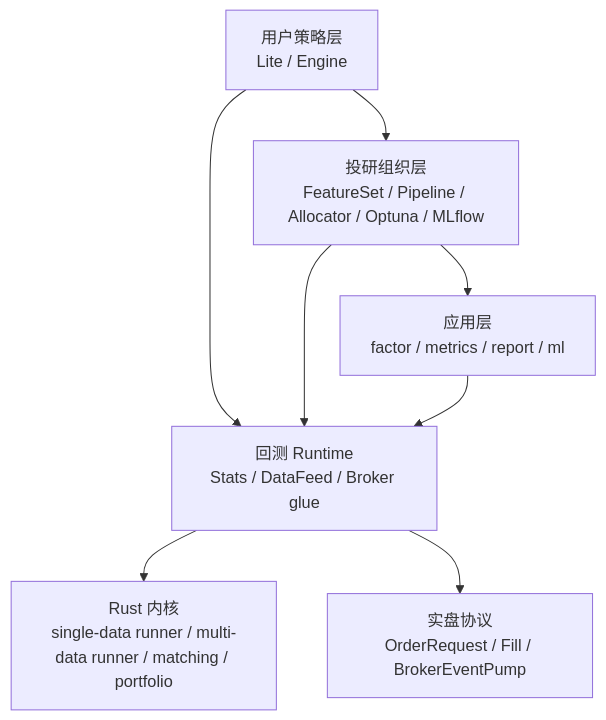
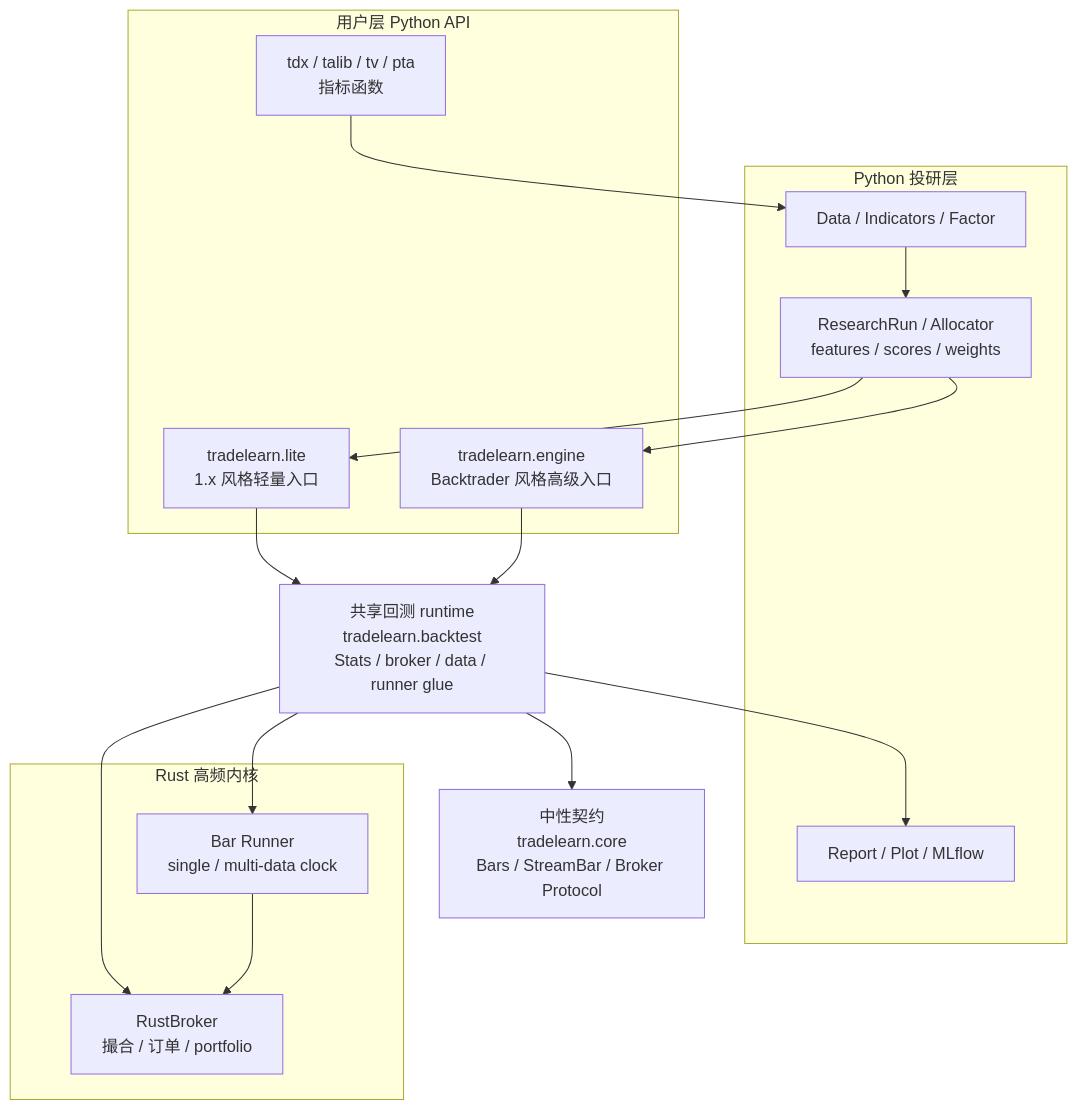
The diagram in docs/README.md (MuuYesen/trade-learn), drawn with Mermaid before and after one commit. The commit also changed other lines of this file and 22 other files, not shown here.

````diff
--- a/docs/README.md
+++ b/docs/README.md
@@ -25,17 +35,34 @@
 ```mermaid
 flowchart TB
-    user[用户策略层<br/>Lite / Engine]
-    research[投研组织层<br/>FeatureSet / Pipeline / Allocator / Optuna / MLflow]
-    app[应用层<br/>factor / metrics / report / ml]
-    runtime[回测 Runtime<br/>Stats / DataFeed / Broker glue]
-    rust[Rust 内核<br/>single-data runner / multi-data runner / matching / portfolio]
-    live[实盘协议<br/>OrderRequest / Fill / BrokerEventPump]
+    subgraph user[用户层 Python API]
+        lite[tradelearn.lite<br/>1.x 风格轻量入口]
+        engine[tradelearn.engine<br/>Backtrader 风格高级入口]
+        vendor[tdx / talib / tv / pta<br/>指标函数]
+    end
 
-    user --> research
-    user --> runtime
-    research --> app
-    research --> runtime
-    app --> runtime
-    runtime --> rust
-    runtime --> live
+    subgraph research[Python 投研层]
+        data[Data / Indicators / Factor]
+        pipeline[ResearchRun / Allocator<br/>features / scores / weights]
+        report[Report / Plot / MLflow]
+    end
+
+    runtime[共享回测 runtime<br/>tradelearn.backtest<br/>Stats / broker / data / runner glue]
+    core[中性契约<br/>tradelearn.core<br/>Bars / StreamBar / Broker Protocol]
+
+    subgraph rust[Rust 高频内核]
+        runner[Bar Runner<br/>single / multi-data clock]
+        broker[RustBroker<br/>撮合 / 订单 / portfolio]
+    end
+
+    lite --> runtime
+    engine --> runtime
+    vendor --> data
+    data --> pipeline
+    pipeline --> lite
+    pipeline --> engine
+    runtime --> core
+    runtime --> runner
+    runtime --> broker
+    runner --> broker
+    runtime --> report
 ```
````
